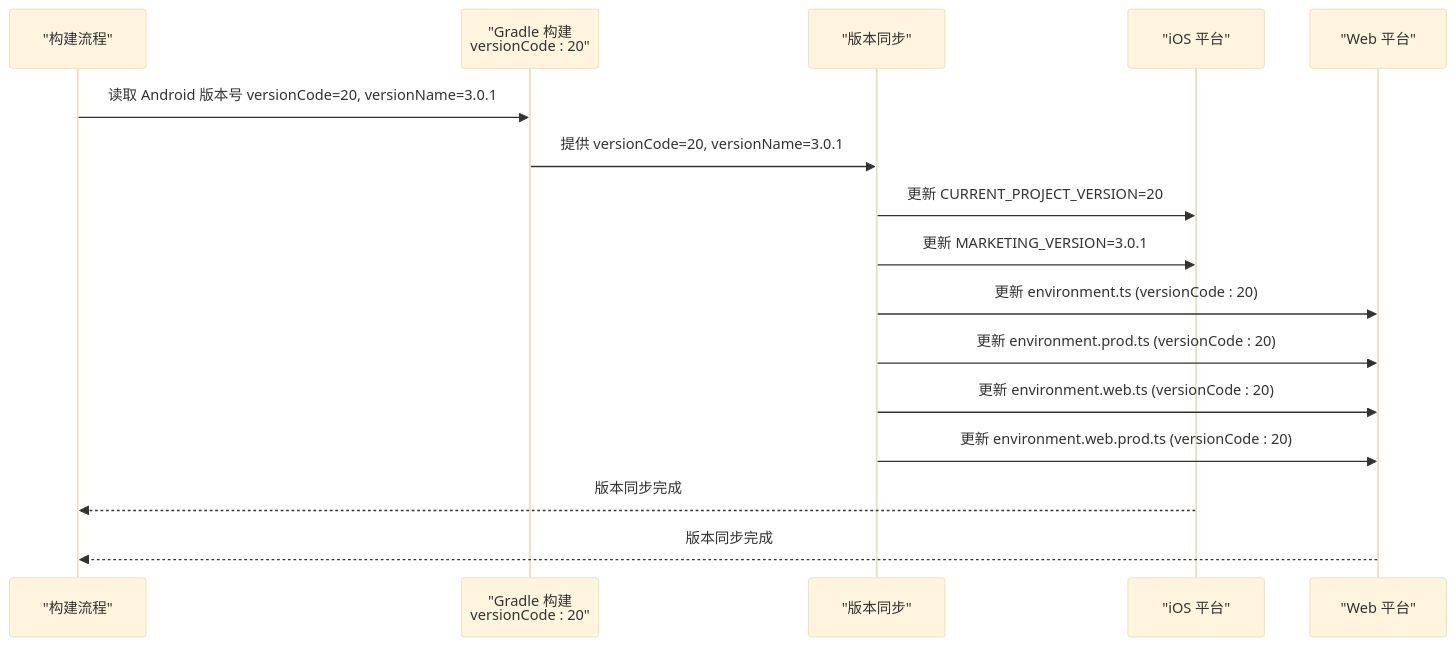
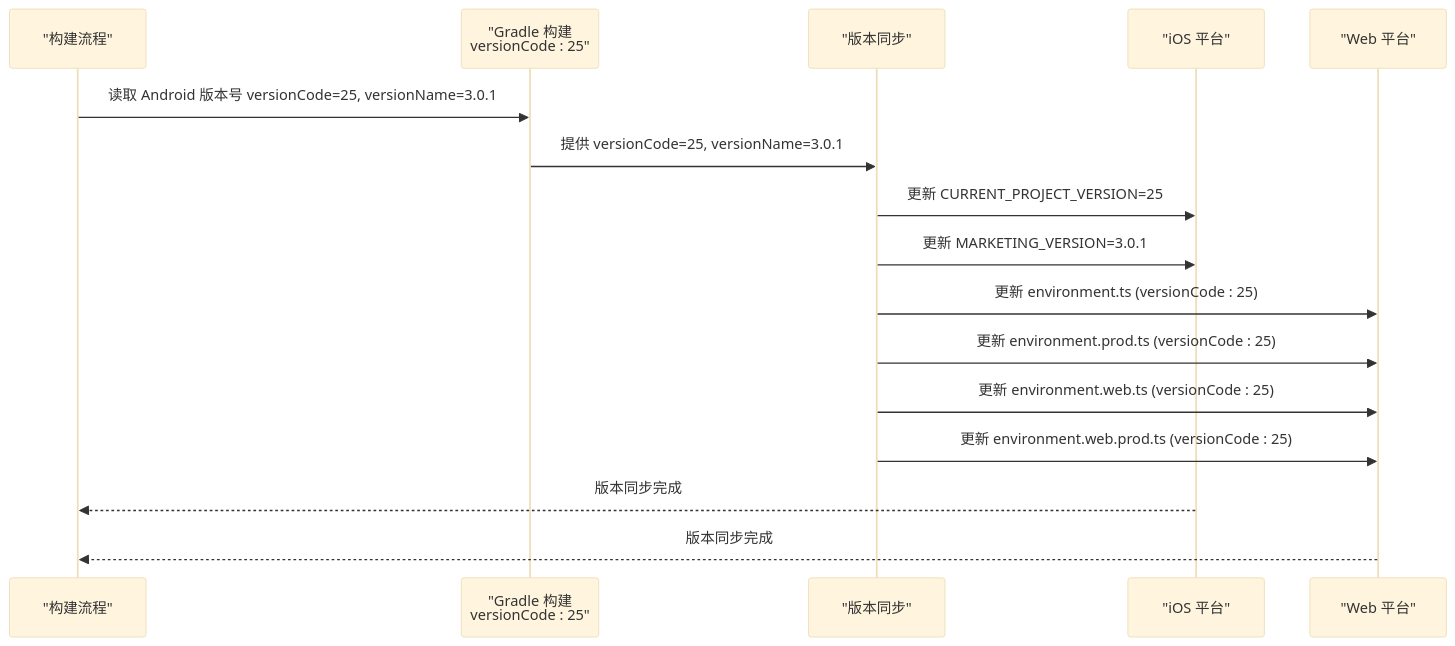
The fifth of 6 diagrams in .qoder/repowiki/zh/content/构建与部署/构建配置.md (tea4go/Macro-Deck-Client-App), drawn with Mermaid (base theme) before and after one commit. The commit also changed other lines of this file and 46 other files, not shown here.

````diff
--- a/.qoder/repowiki/zh/content/构建与部署/构建配置.md
+++ b/.qoder/repowiki/zh/content/构建与部署/构建配置.md
@@ -907,18 +907,18 @@
 ```mermaid
 sequenceDiagram
 participant Build as "构建流程"
-participant Gradle as "Gradle 构建<br/>versionCode : 20"
+participant Gradle as "Gradle 构建<br/>versionCode : 25"
 participant Sync as "版本同步"
 participant iOS as "iOS 平台"
 participant Web as "Web 平台"
-Build->>Gradle : 读取 Android 版本号 versionCode=20, versionName=3.0.1
-Gradle->>Sync : 提供 versionCode=20, versionName=3.0.1
-Sync->>iOS : 更新 CURRENT_PROJECT_VERSION=20
+Build->>Gradle : 读取 Android 版本号 versionCode=25, versionName=3.0.1
+Gradle->>Sync : 提供 versionCode=25, versionName=3.0.1
+Sync->>iOS : 更新 CURRENT_PROJECT_VERSION=25
 Sync->>iOS : 更新 MARKETING_VERSION=3.0.1
-Sync->>Web : 更新 environment.ts (versionCode : 20)
-Sync->>Web : 更新 environment.prod.ts (versionCode : 20)
-Sync->>Web : 更新 environment.web.ts (versionCode : 20)
-Sync->>Web : 更新 environment.web.prod.ts (versionCode : 20)
+Sync->>Web : 更新 environment.ts (versionCode : 25)
+Sync->>Web : 更新 environment.prod.ts (versionCode : 25)
+Sync->>Web : 更新 environment.web.ts (versionCode : 25)
+Sync->>Web : 更新 environment.web.prod.ts (versionCode : 25)
 iOS-->>Build : 版本同步完成
 Web-->>Build : 版本同步完成
 ```
````
